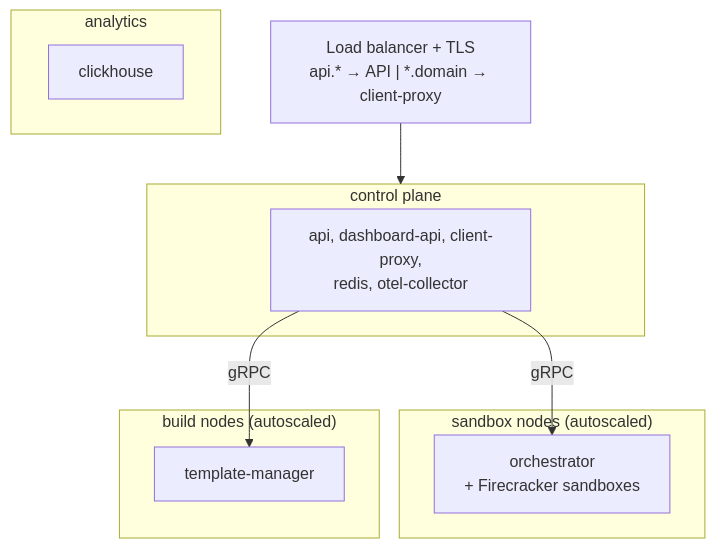
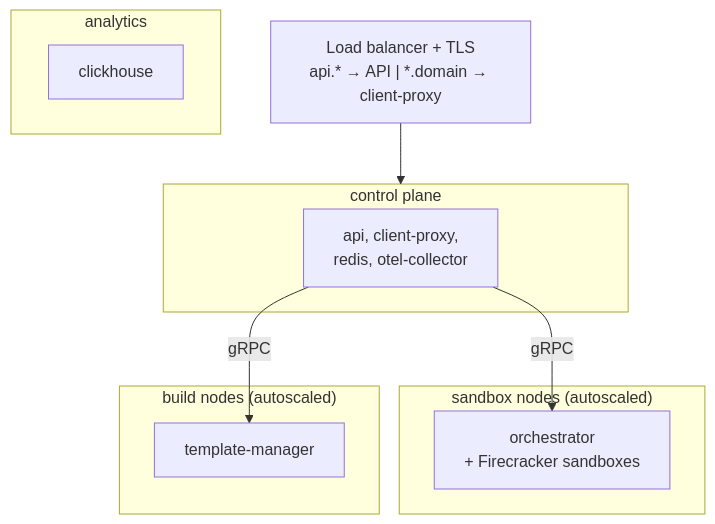
The sixth of 6 diagrams in docs/ARCHITECTURE.md (e2b-dev/runtime), drawn with Mermaid before and after one commit. The commit also changed other lines of this file and 27 other files, not shown here.

Commit message:
chore: remove the dashboard-api package

````diff
--- a/docs/ARCHITECTURE.md
+++ b/docs/ARCHITECTURE.md
@@ -1461,20 +1446,20 @@
 ```mermaid
 flowchart TB
     LB["Load balancer + TLS<br/>api.* → API | *.domain → client-proxy"]
 
     subgraph control["control plane"]
-        AJ["api, dashboard-api, client-proxy,<br/>redis, otel-collector"]
+        AJ["api, client-proxy,<br/>redis, otel-collector"]
     end
     subgraph sandboxnodes["sandbox nodes (autoscaled)"]
         OJ["orchestrator<br/>+ Firecracker sandboxes"]
     end
     subgraph buildnodes["build nodes (autoscaled)"]
         TJ["template-manager"]
     end
     subgraph ch["analytics"]
         CJ["clickhouse"]
     end
 
     LB --> control
     AJ -->|gRPC| OJ & TJ
 ```
````
